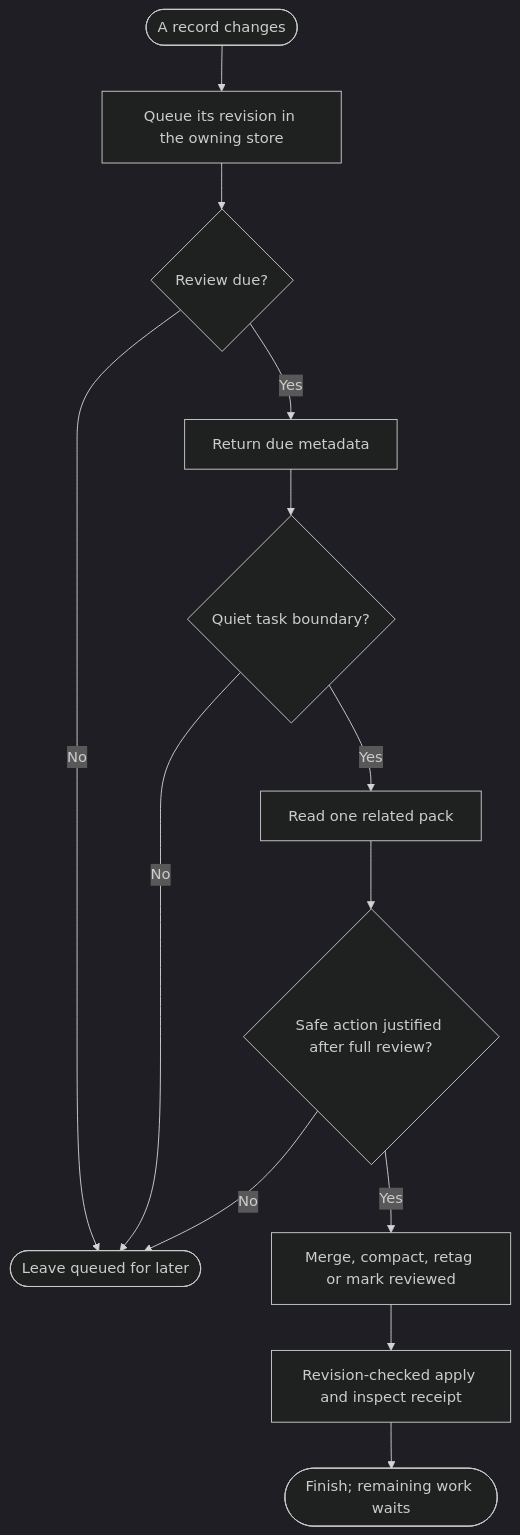
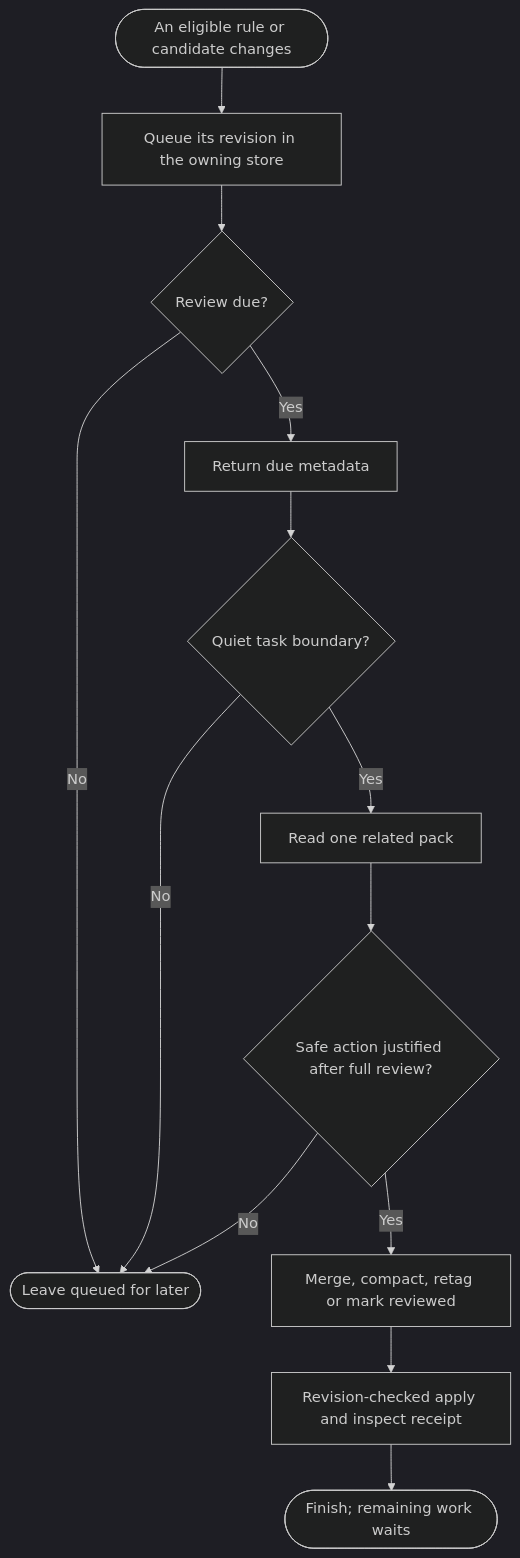
Before and after one commit to chrisstarr7/dev-memory: the second of 2 diagrams in README.md, drawn with Mermaid (dark theme). The commit also changed other lines of this file and 6 other files, not shown here.

````diff
--- a/README.md
+++ b/README.md
@@ -83,15 +85,15 @@
 ```mermaid
 flowchart TD
-    S([A record changes]) --> Q[Queue its revision in the owning store]
+    S([An eligible rule or candidate changes]) --> Q[Queue its revision in the owning store]
     Q --> D{Review due?}
     D -->|No| L([Leave queued for later])
     D -->|Yes| M[Return due metadata]
     M --> B{Quiet task boundary?}
     B -->|No| L
     B -->|Yes| R[Read one related pack]
     R --> C{Safe action justified after full review?}
     C -->|No| L
     C -->|Yes| A[Merge, compact, retag or mark reviewed]
     A --> F[Revision-checked apply and inspect receipt]
     F --> E([Finish; remaining work waits])
 ```
````
